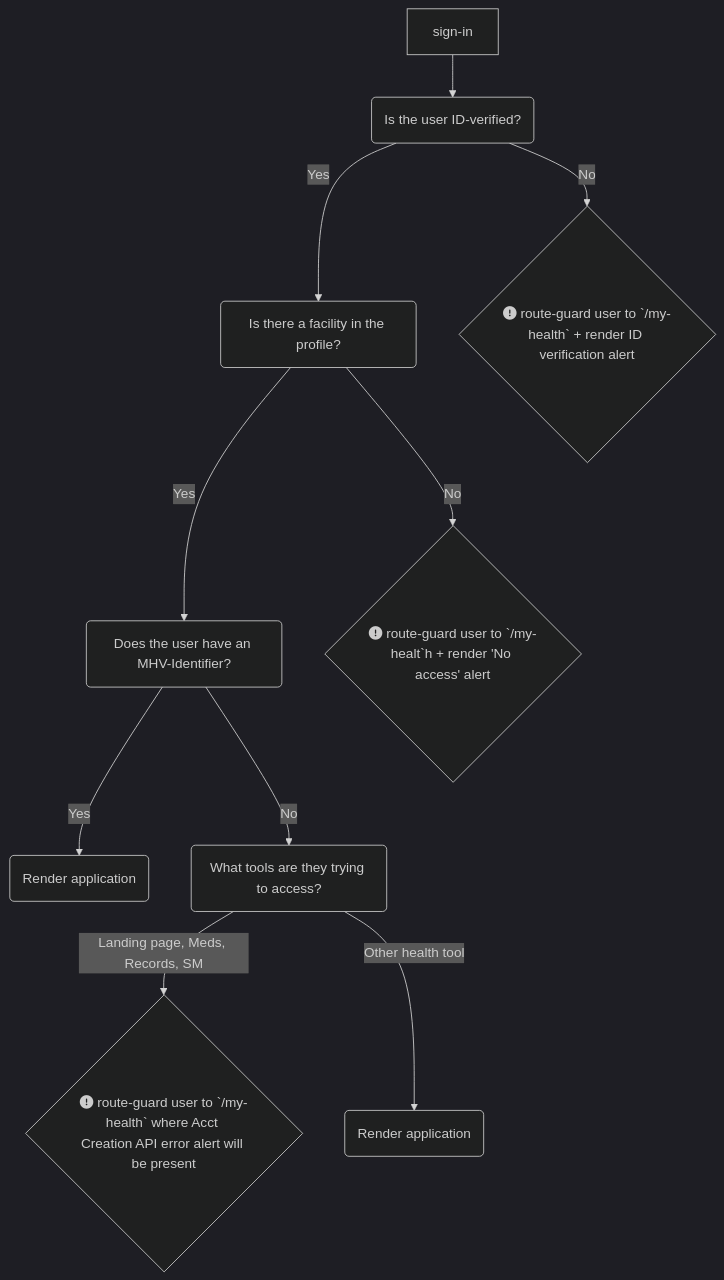
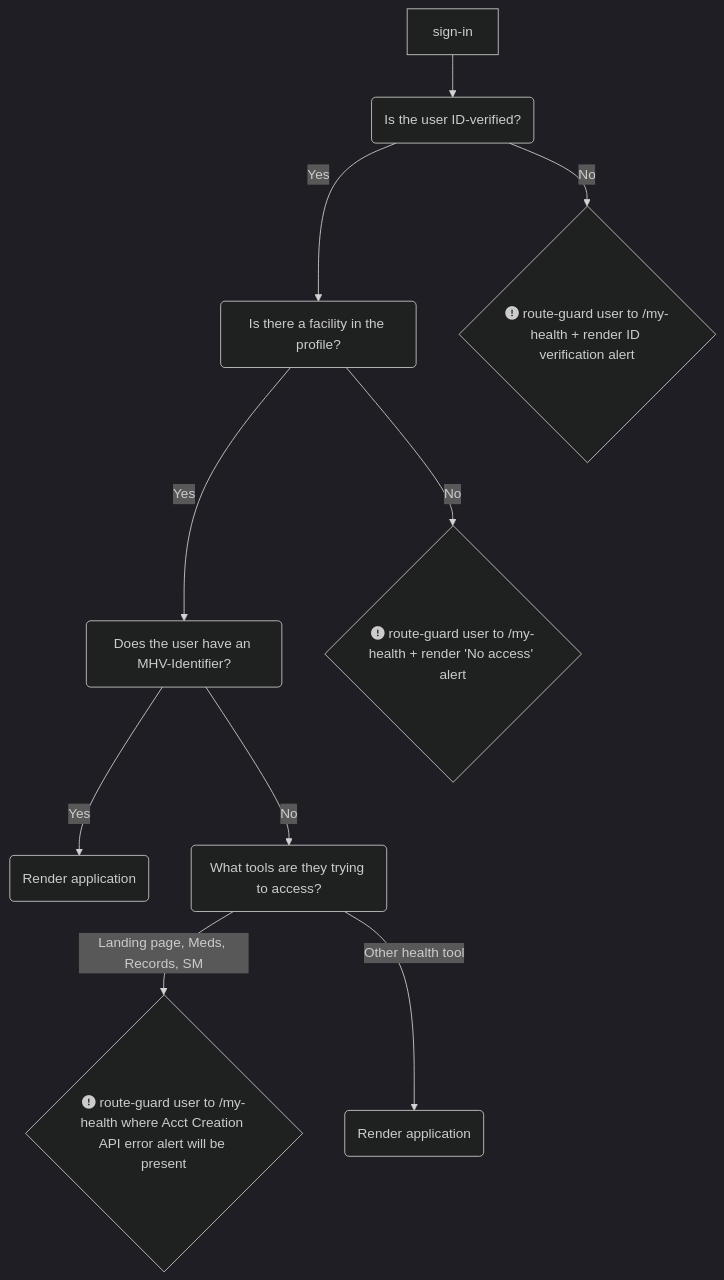
One commit to department-of-veterans-affairs/va.gov-team changed the diagram in products/health-care/digital-health-modernization/mhv-to-va.gov/account-creation-api.md. Above: the diagram before and after it, drawn with Mermaid (dark theme).

````diff
--- a/products/health-care/digital-health-modernization/mhv-to-va.gov/account-creation-api.md
+++ b/products/health-care/digital-health-modernization/mhv-to-va.gov/account-creation-api.md
@@ -86,12 +86,12 @@
 ```mermaid
 flowchart TD
     A[sign-in] --> B(Is the user ID-verified?)
     B --> |Yes| C(Is there a facility in the profile?)
-    B --> |No| E{fa:fa-circle-exclamation route-guard user to `/my-health` + render ID verification alert}
+    B --> |No| E{fa:fa-circle-exclamation route-guard user to /my-health + render ID verification alert}
     C -->|Yes| D(Does the user have an MHV-Identifier?)
-    C -->|No| F{fa:fa-circle-exclamation route-guard user to `/my-healt`h + render 'No access' alert}
+    C -->|No| F{fa:fa-circle-exclamation route-guard user to /my-health + render 'No access' alert}
     D --> |Yes| G(Render application)
     D --> |No| H(What tools are they trying to access?)
-    H --> |Landing page, Meds, Records, SM| I{fa:fa-circle-exclamation route-guard user to `/my-health` where Acct Creation API error alert will be present}
+    H --> |Landing page, Meds, Records, SM| I{fa:fa-circle-exclamation route-guard user to /my-health where Acct Creation API error alert will be present}
     H --> |Other health tool| J(Render application)
 ```
````
